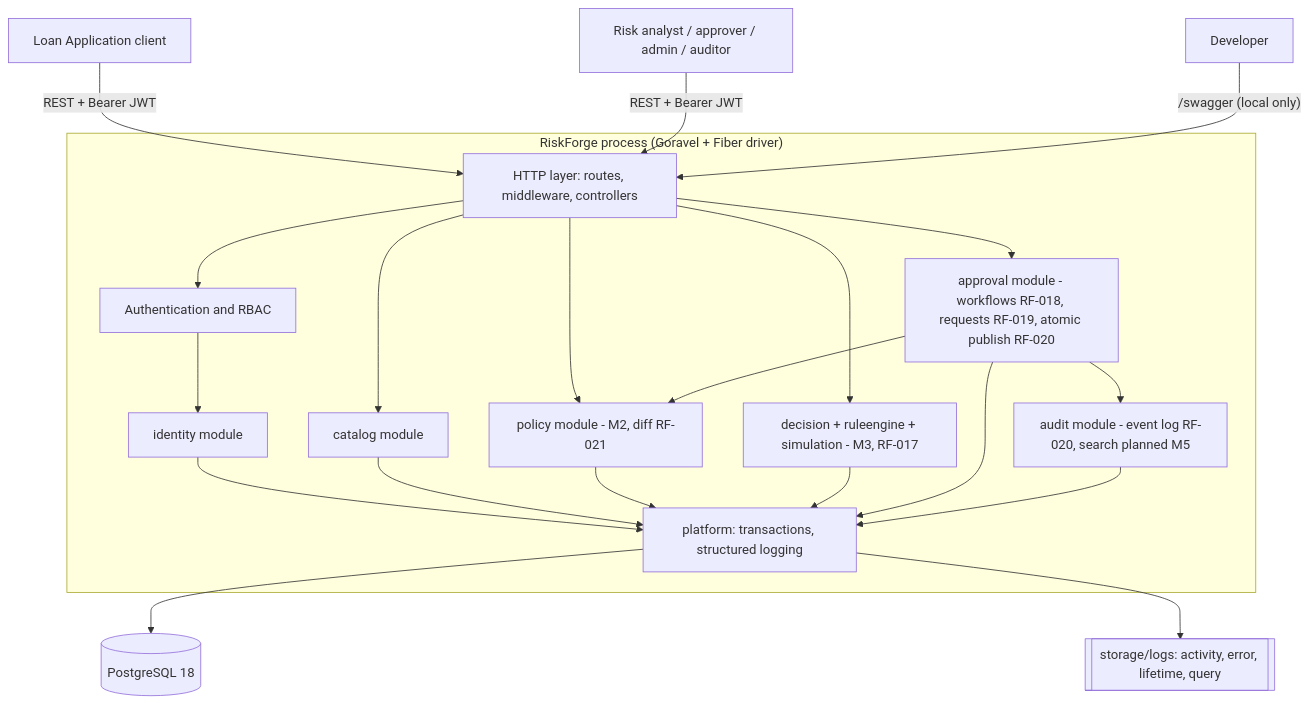
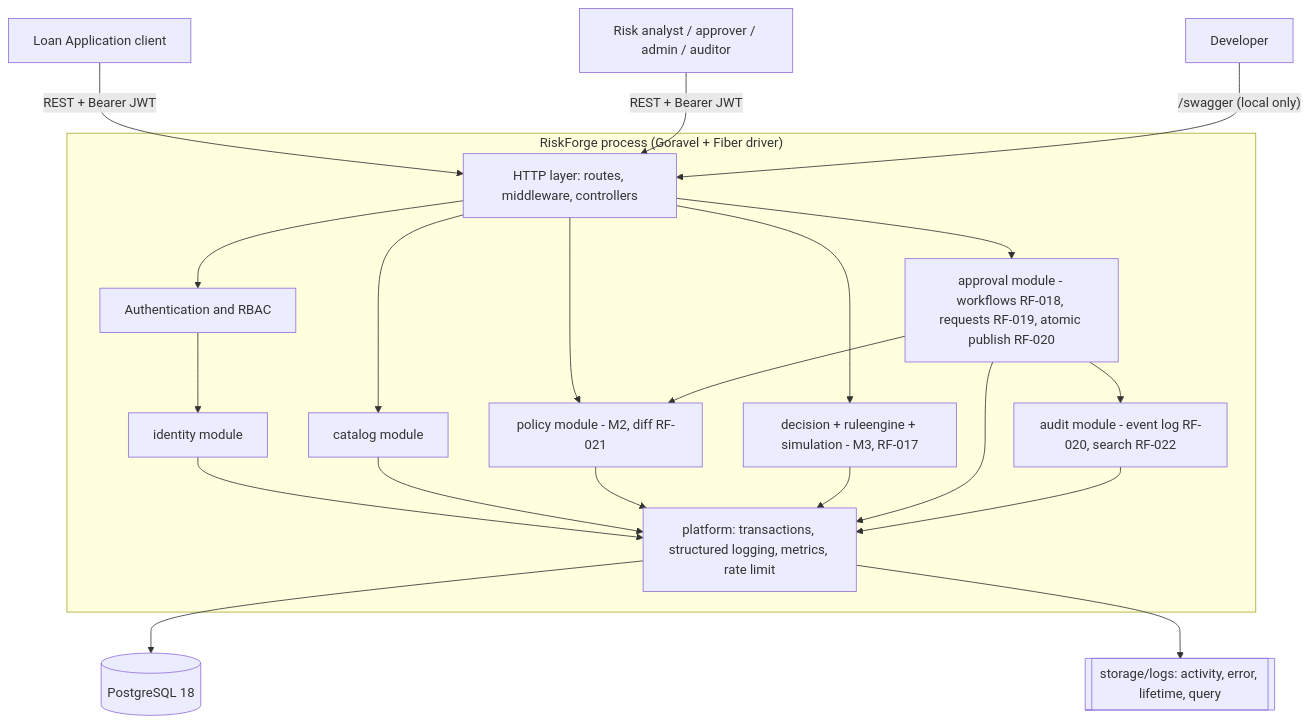
Before and after one commit to lathief/RiskForge: the first of 5 diagrams in docs/ARCHITECTURE.md, drawn with Mermaid. The commit also changed other lines of this file and 290 other files, not shown here.

````diff
--- a/docs/ARCHITECTURE.md
+++ b/docs/ARCHITECTURE.md
@@ -7,28 +7,28 @@
 ```mermaid
 flowchart TD
     LoanApp[Loan Application client] -->|"REST + Bearer JWT"| API
     Staff[Risk analyst / approver / admin / auditor] -->|"REST + Bearer JWT"| API
     Dev[Developer] -->|"/swagger (local only)"| API
 
     subgraph Process["RiskForge process (Goravel + Fiber driver)"]
         API[HTTP layer: routes, middleware, controllers]
         API --> AUTH[Authentication and RBAC]
         AUTH --> IDENTITY[identity module]
         API --> CATALOG[catalog module]
         API --> POLICY[policy module - M2, diff RF-021]
         API --> ENGINE[decision + ruleengine + simulation - M3, RF-017]
         API --> APPROVAL[approval module - workflows RF-018, requests RF-019, atomic publish RF-020]
         APPROVAL --> POLICY
-        APPROVAL --> AUDIT[audit module - event log RF-020, search planned M5]
-        PLATFORM[platform: transactions, structured logging]
+        APPROVAL --> AUDIT[audit module - event log RF-020, search RF-022]
+        PLATFORM[platform: transactions, structured logging, metrics, rate limit]
     end
 
     IDENTITY --> PLATFORM
     CATALOG --> PLATFORM
     POLICY --> PLATFORM
     ENGINE --> PLATFORM
     APPROVAL --> PLATFORM
     AUDIT --> PLATFORM
     PLATFORM --> DB[(PostgreSQL 18)]
     PLATFORM --> LOGS[[storage/logs: activity, error, lifetime, query]]
 ```
````
